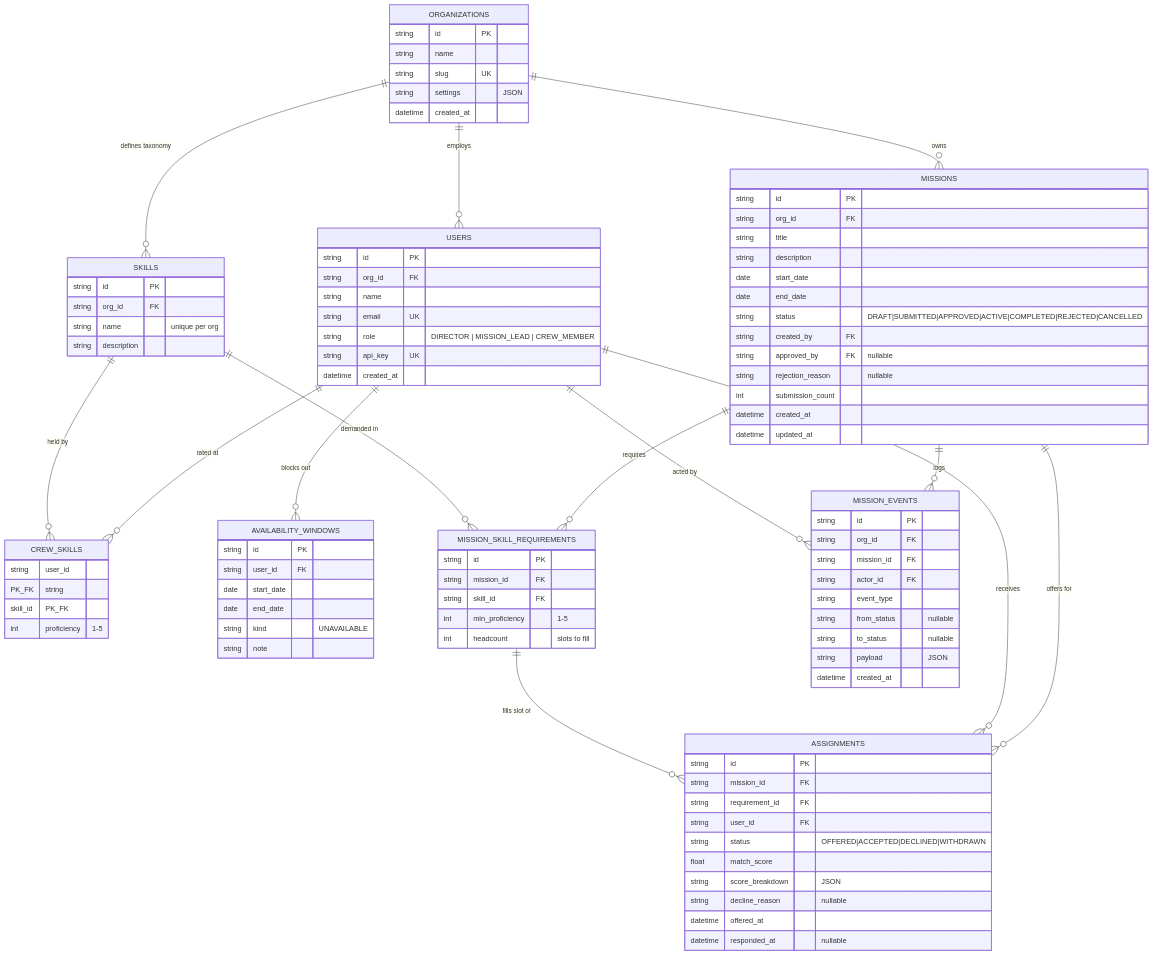
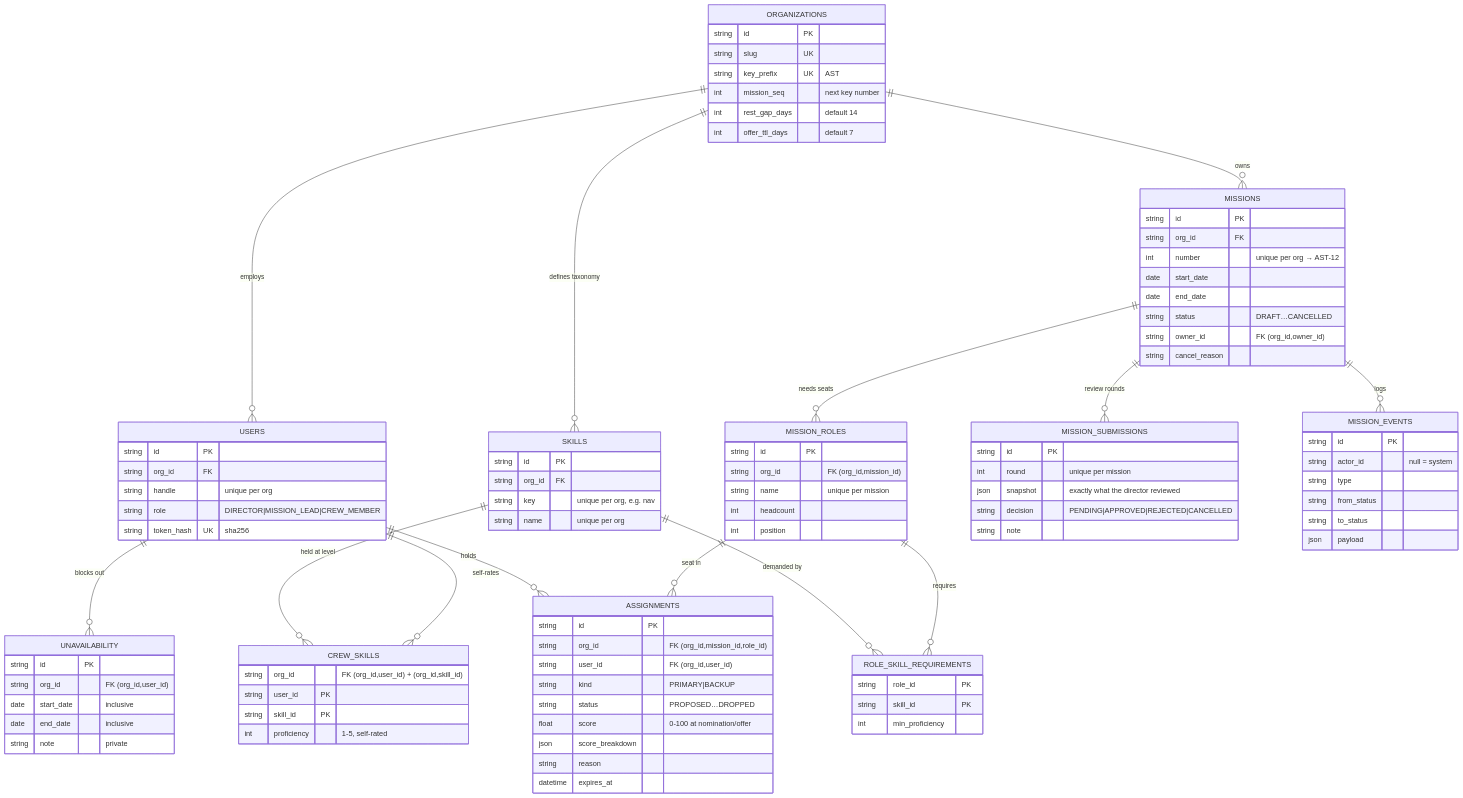
The second of 5 diagrams in DESIGN.md (shubhmehta3121/mission-control), drawn with Mermaid before and after one commit. The commit also changed other lines of this file, not shown here.

Commit message:
docs: design v2 for roles, nominations, and matcher

````diff
--- a/DESIGN.md
+++ b/DESIGN.md
@@ -111,95 +223,97 @@
     ORGANIZATIONS ||--o{ USERS : employs
     ORGANIZATIONS ||--o{ SKILLS : "defines taxonomy"
     ORGANIZATIONS ||--o{ MISSIONS : owns
-    USERS ||--o{ CREW_SKILLS : "rated at"
-    SKILLS ||--o{ CREW_SKILLS : "held by"
-    USERS ||--o{ AVAILABILITY_WINDOWS : "blocks out"
-    MISSIONS ||--o{ MISSION_SKILL_REQUIREMENTS : requires
-    SKILLS ||--o{ MISSION_SKILL_REQUIREMENTS : "demanded in"
-    MISSIONS ||--o{ ASSIGNMENTS : "offers for"
-    USERS ||--o{ ASSIGNMENTS : receives
-    MISSION_SKILL_REQUIREMENTS ||--o{ ASSIGNMENTS : "fills slot of"
+    USERS ||--o{ CREW_SKILLS : "self-rates"
+    SKILLS ||--o{ CREW_SKILLS : "held at level"
+    USERS ||--o{ UNAVAILABILITY : "blocks out"
+    MISSIONS ||--o{ MISSION_ROLES : "needs seats"
+    MISSION_ROLES ||--o{ ROLE_SKILL_REQUIREMENTS : requires
+    SKILLS ||--o{ ROLE_SKILL_REQUIREMENTS : "demanded by"
+    MISSION_ROLES ||--o{ ASSIGNMENTS : "seat in"
+    USERS ||--o{ ASSIGNMENTS : holds
+    MISSIONS ||--o{ MISSION_SUBMISSIONS : "review rounds"
     MISSIONS ||--o{ MISSION_EVENTS : logs
-    USERS ||--o{ MISSION_EVENTS : "acted by"
 
     ORGANIZATIONS {
         string id PK
-        string name
         string slug UK
-        string settings "JSON"
-        datetime created_at
+        string key_prefix UK "AST"
+        int mission_seq "next key number"
+        int rest_gap_days "default 14"
+        int offer_ttl_days "default 7"
     }
     USERS {
         string id PK
         string org_id FK
-        string name
-        string email UK
-        string role "DIRECTOR | MISSION_LEAD | CREW_MEMBER"
-        string api_key UK
-        datetime created_at
+        string handle "unique per org"
+        string role "DIRECTOR|MISSION_LEAD|CREW_MEMBER"
+        string token_hash UK "sha256"
     }
     SKILLS {
         string id PK
         string org_id FK
+        string key "unique per org, e.g. nav"
         string name "unique per org"
-        string description
     }
     CREW_SKILLS {
-        string user_id PK_FK
-        string skill_id PK_FK
-        int proficiency "1-5"
+        string org_id "FK (org_id,user_id) + (org_id,skill_id)"
+        string user_id PK
+        string skill_id PK
+        int proficiency "1-5, self-rated"
     }
-    AVAILABILITY_WINDOWS {
+    UNAVAILABILITY {
         string id PK
-        string user_id FK
-        date start_date
-        date end_date
-        string kind "UNAVAILABLE"
-        string note
+        string org_id "FK (org_id,user_id)"
+        date start_date "inclusive"
+        date end_date "inclusive"
+        string note "private"
     }
     MISSIONS {
         string id PK
         string org_id FK
-        string title
-        string description
+        int number "unique per org → AST-12"
         date start_date
         date end_date
-        string status "DRAFT|SUBMITTED|APPROVED|ACTIVE|COMPLETED|REJECTED|CANCELLED"
-        string created_by FK
-        string approved_by FK "nullable"
-        string rejection_reason "nullable"
-        int submission_count
-        datetime created_at
-        datetime updated_at
+        string status "DRAFT…CANCELLED"
+        string owner_id "FK (org_id,owner_id)"
+        string cancel_reason
     }
-    MISSION_SKILL_REQUIREMENTS {
+    MISSION_ROLES {
         string id PK
-        string mission_id FK
-        string skill_id FK
-        int min_proficiency "1-5"
-        int headcount "slots to fill"
+        string org_id "FK (org_id,mission_id)"
+        string name "unique per mission"
+        int headcount
+        int position
+    }
+    ROLE_SKILL_REQUIREMENTS {
+        string role_id PK
+        string skill_id PK
+        int min_proficiency
     }
     ASSIGNMENTS {
         string id PK
-        string mission_id FK
-        string requirement_id FK
-        string user_id FK
-        string status "OFFERED|ACCEPTED|DECLINED|WITHDRAWN"
-        float match_score
-        string score_breakdown "JSON"
-        string decline_reason "nullable"
-        datetime offered_at
-        datetime responded_at "nullable"
+        string org_id "FK (org_id,mission_id,role_id)"
+        string user_id "FK (org_id,user_id)"
+        string kind "PRIMARY|BACKUP"
+        string status "PROPOSED…DROPPED"
+        float score "0-100 at nomination/offer"
+        json score_breakdown
+        string reason
+        datetime expires_at
+    }
+    MISSION_SUBMISSIONS {
+        string id PK
+        int round "unique per mission"
+        json snapshot "exactly what the director reviewed"
+        string decision "PENDING|APPROVED|REJECTED|CANCELLED"
+        string note
     }
     MISSION_EVENTS {
         string id PK
-        string org_id FK
-        string mission_id FK
-        string actor_id FK
-        string event_type
-        string from_status "nullable"
-        string to_status "nullable"
-        string payload "JSON"
-        datetime created_at
+        string actor_id "null = system"
+        string type
+        string from_status
+        string to_status
+        json payload
     }
 ```
````
